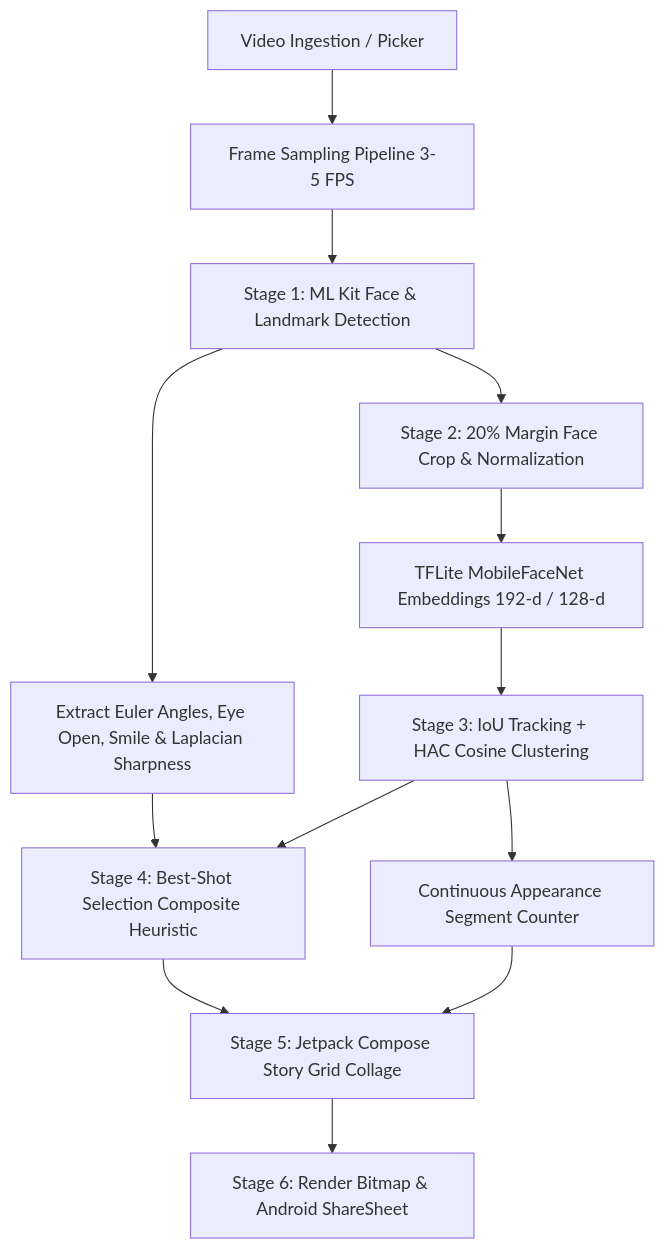
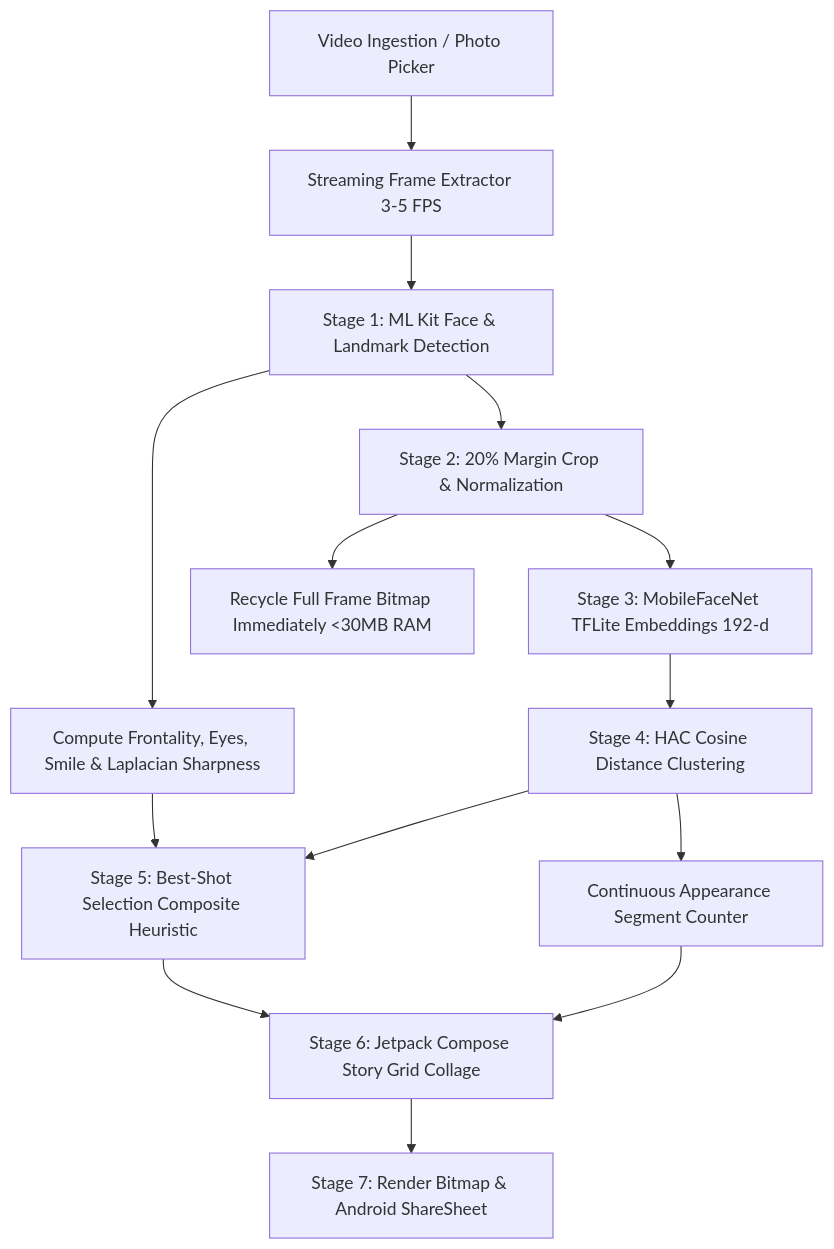
The diagram in README.md (harshsomankar123-tech/iykyk), drawn with Mermaid before and after one commit. The commit also changed other lines of this file and 15 other files, not shown here.

Commit message:
feat(core): streaming low-memory pipeline, genuine MobileFaceNet model, test fixtures, and clean docs

````diff
--- a/README.md
+++ b/README.md
@@ -9,15 +9,16 @@
 ```mermaid
 flowchart TD
-    VideoInput[Video Ingestion / Picker] --> FrameExtractor[Frame Sampling Pipeline 3-5 FPS]
-    FrameExtractor --> MLKitDetect[Stage 1: ML Kit Face & Landmark Detection]
-    MLKitDetect --> QualityMetrics[Extract Euler Angles, Eye Open, Smile & Laplacian Sharpness]
-    MLKitDetect --> FaceCropper[Stage 2: 20% Margin Face Crop & Normalization]
-    FaceCropper --> TFLiteInference[TFLite MobileFaceNet Embeddings 192-d / 128-d]
-    TFLiteInference --> TrackingClustering[Stage 3: IoU Tracking + HAC Cosine Clustering]
-    QualityMetrics --> BestShotSelector[Stage 4: Best-Shot Selection Composite Heuristic]
+    VideoInput[Video Ingestion / Photo Picker] --> StreamExtractor[Streaming Frame Extractor 3-5 FPS]
+    StreamExtractor --> MLKitDetect[Stage 1: ML Kit Face & Landmark Detection]
+    MLKitDetect --> QualityMetrics[Compute Frontality, Eyes, Smile & Laplacian Sharpness]
+    MLKitDetect --> FaceCropper[Stage 2: 20% Margin Crop & Normalization]
+    FaceCropper --> TFLiteInference[Stage 3: MobileFaceNet TFLite Embeddings 192-d]
+    FaceCropper --> RecycleBmp[Recycle Full Frame Bitmap Immediately <30MB RAM]
+    TFLiteInference --> TrackingClustering[Stage 4: HAC Cosine Distance Clustering]
+    QualityMetrics --> BestShotSelector[Stage 5: Best-Shot Selection Composite Heuristic]
     TrackingClustering --> BestShotSelector
     TrackingClustering --> AppearanceSegmenter[Continuous Appearance Segment Counter]
-    BestShotSelector --> CollageComposer[Stage 5: Jetpack Compose Story Grid Collage]
+    BestShotSelector --> CollageComposer[Stage 6: Jetpack Compose Story Grid Collage]
     AppearanceSegmenter --> CollageComposer
-    CollageComposer --> ExportShare[Stage 6: Render Bitmap & Android ShareSheet]
+    CollageComposer --> ExportShare[Stage 7: Render Bitmap & Android ShareSheet]
 ```
````
